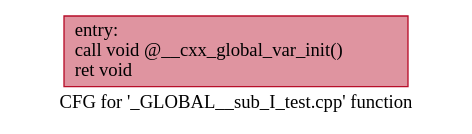
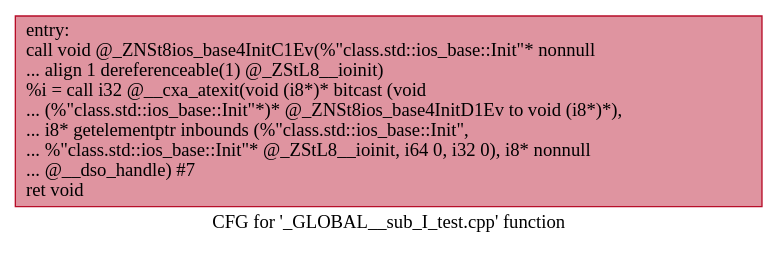
The diagram in IR/cfg/._GLOBAL__sub_I_test.cpp.dot (HPSSA-LLVM/HPSSA-LLVM), drawn with Graphviz before and after one commit. The commit also changed 25 other files, not shown here.

```diff
--- a/IR/cfg/._GLOBAL__sub_I_test.cpp.dot
+++ b/IR/cfg/._GLOBAL__sub_I_test.cpp.dot
@@ -1,5 +1,5 @@
 digraph "CFG for '_GLOBAL__sub_I_test.cpp' function" {
 	label="CFG for '_GLOBAL__sub_I_test.cpp' function";
 
-	Node0x55a1da05f820 [shape=record,color="#b70d28ff", style=filled, fillcolor="#b70d2870",label="{entry:\l  call void @__cxx_global_var_init()\l  ret void\l}"];
+	Node0x55e304668570 [shape=record,color="#b70d28ff", style=filled, fillcolor="#b70d2870",label="{entry:\l  call void @_ZNSt8ios_base4InitC1Ev(%\"class.std::ios_base::Init\"* nonnull\l... align 1 dereferenceable(1) @_ZStL8__ioinit)\l  %i = call i32 @__cxa_atexit(void (i8*)* bitcast (void\l... (%\"class.std::ios_base::Init\"*)* @_ZNSt8ios_base4InitD1Ev to void (i8*)*),\l... i8* getelementptr inbounds (%\"class.std::ios_base::Init\",\l... %\"class.std::ios_base::Init\"* @_ZStL8__ioinit, i64 0, i32 0), i8* nonnull\l... @__dso_handle) #7\l  ret void\l}"];
 }
```
